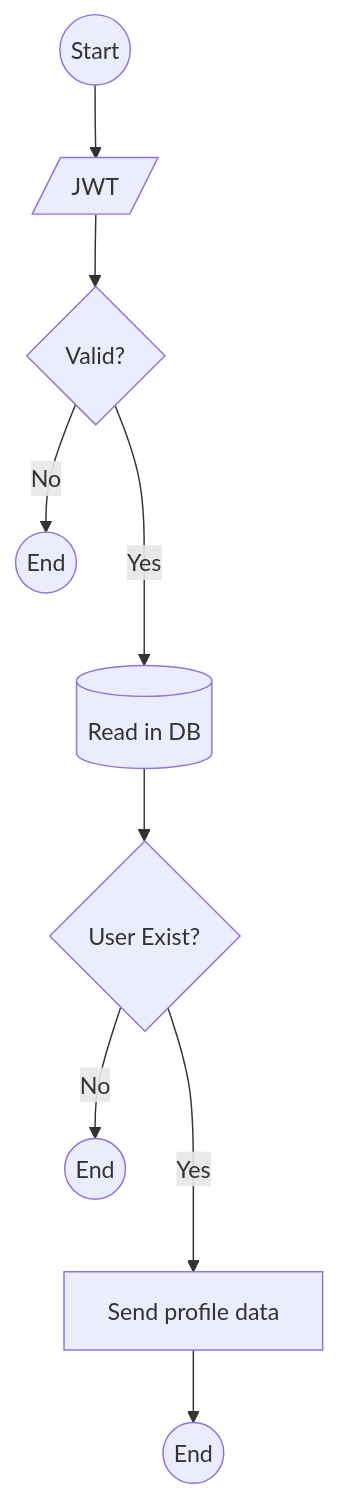
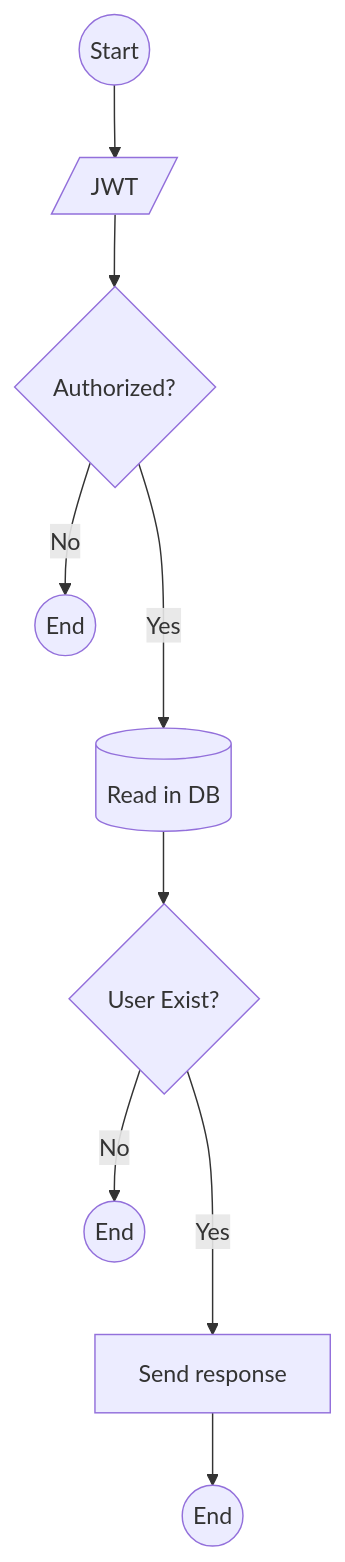
One commit to madeindra/user-api-nodejs changed the third of 6 diagrams in README.md. Above: the diagram before and after it, drawn with Mermaid. The commit also changed other lines of this file, not shown here.

Commit message:
docs: add flowchaart for create, read, delete user

````diff
--- a/README.md
+++ b/README.md
@@ -142,11 +144,11 @@
 ```mermaid
 graph TD;
     A((Start)) --> B[/JWT/];
-    B --> C{Valid?}; 
+    B --> C{Authorized?}; 
     C --> |No| D((End));
     C ---> |Yes| E[(Read in DB)];
     E --> F{User Exist?};
     F --> |No| G((End));
-    F ---> |Yes| H[Send profile data]
+    F ---> |Yes| H[Send response]
     H --> I((End))
 ```
````
